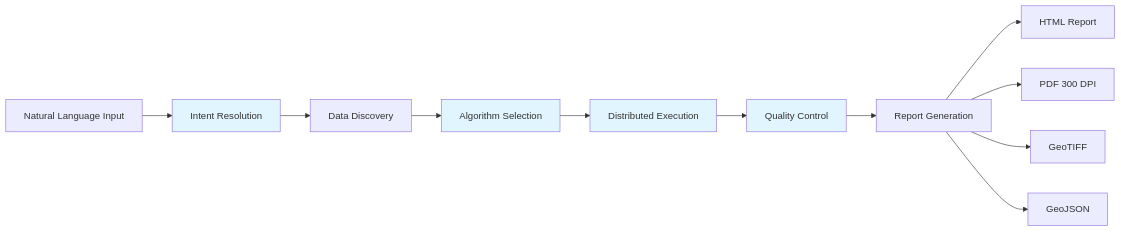
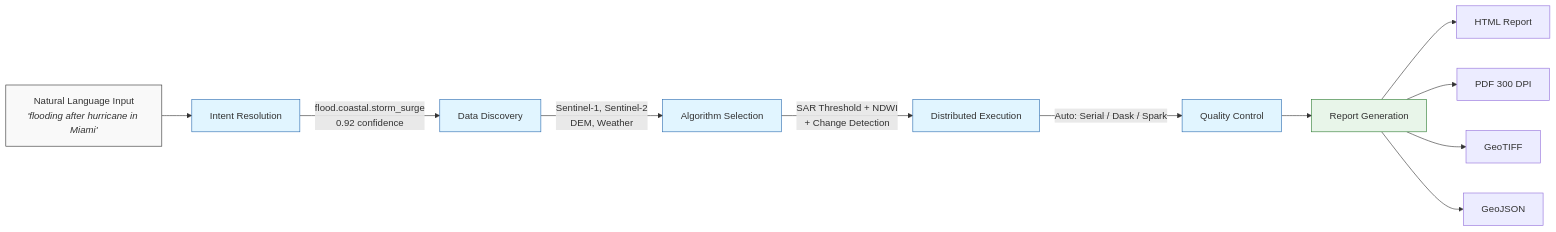
The diagram in README.md (gpriceless/firstlight), drawn with Mermaid before and after one commit. The commit also changed other lines of this file, not shown here.

First line of the commit message:
docs: add project narrative and improve Mermaid diagram in README

````diff
--- a/README.md
+++ b/README.md
@@ -10,18 +24,21 @@
 ```mermaid
 graph LR
-    A[Natural Language Input] --> B[Intent Resolution]
-    B --> C[Data Discovery]
-    C --> D[Algorithm Selection]
-    D --> E[Distributed Execution]
-    E --> F[Quality Control]
+    A["Natural Language Input<br/><i>'flooding after hurricane in Miami'</i>"] --> B[Intent Resolution]
+    B -->|"flood.coastal.storm_surge<br/>0.92 confidence"| C[Data Discovery]
+    C -->|"Sentinel-1, Sentinel-2<br/>DEM, Weather"| D[Algorithm Selection]
+    D -->|"SAR Threshold + NDWI<br/>+ Change Detection"| E[Distributed Execution]
+    E -->|"Auto: Serial / Dask / Spark"| F[Quality Control]
     F --> G[Report Generation]
     G --> H[HTML Report]
     G --> I[PDF 300 DPI]
     G --> J[GeoTIFF]
     G --> K[GeoJSON]
 
-    style B fill:#e1f5ff
-    style D fill:#e1f5ff
-    style E fill:#e1f5ff
-    style F fill:#e1f5ff
+    style A fill:#f9f9f9,stroke:#333
+    style B fill:#e1f5ff,stroke:#2B6CB0
+    style C fill:#e1f5ff,stroke:#2B6CB0
+    style D fill:#e1f5ff,stroke:#2B6CB0
+    style E fill:#e1f5ff,stroke:#2B6CB0
+    style F fill:#e1f5ff,stroke:#2B6CB0
+    style G fill:#e8f5e9,stroke:#2E7D32
 ```
````
